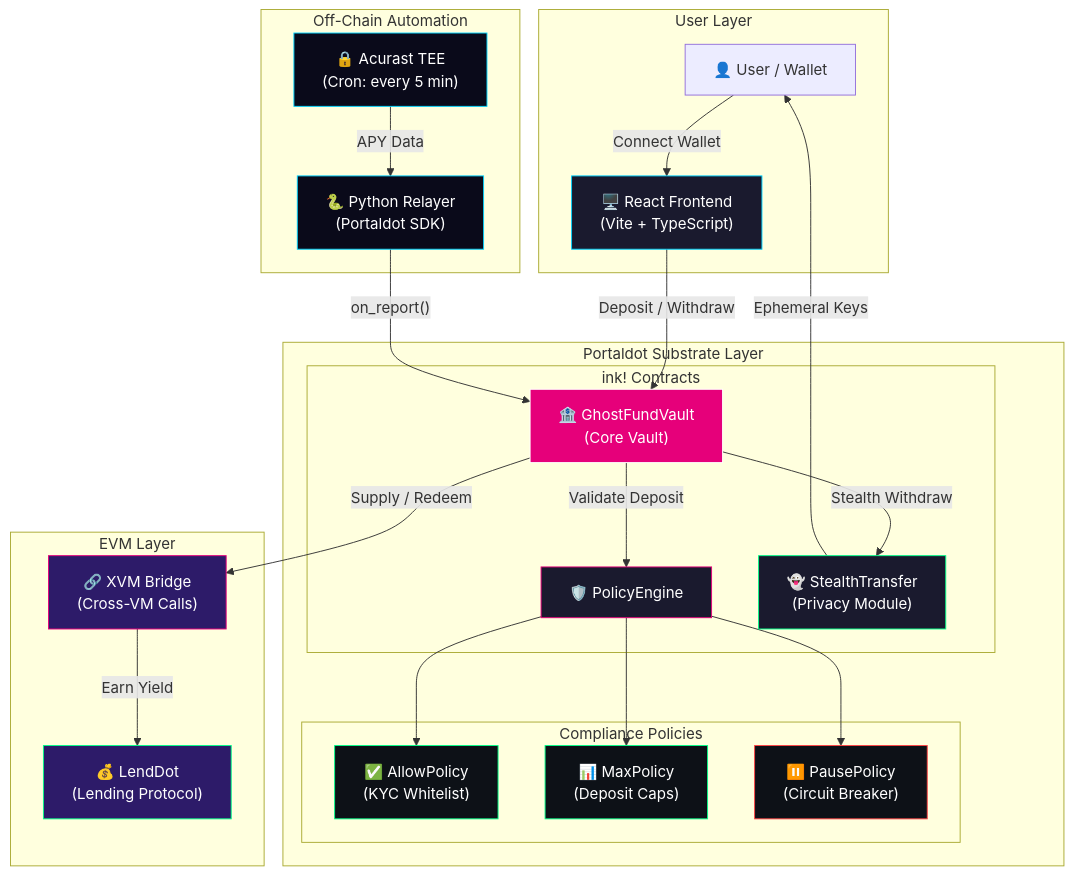
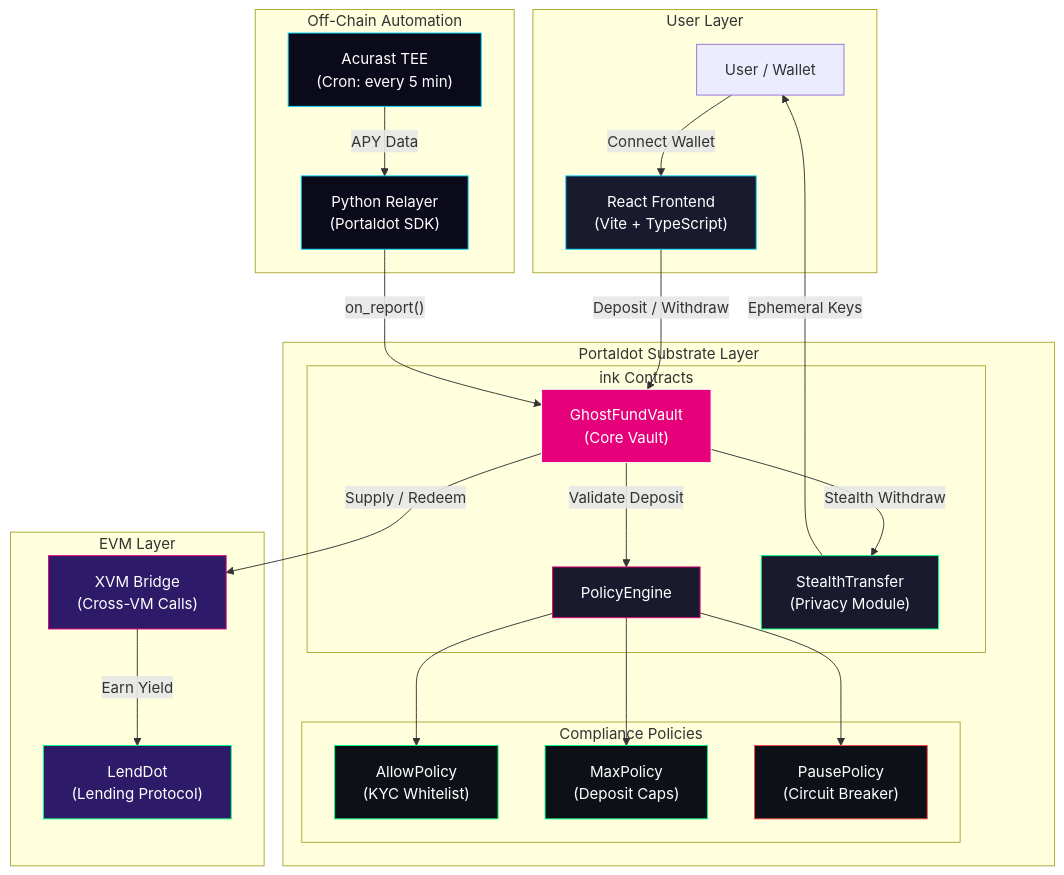
Before and after one commit to joshuakatumba/Portaldot: the diagram in README.md, drawn with Mermaid.

Commit message:
Remove emojis from architecture diagram

````diff
--- a/README.md
+++ b/README.md
@@ -142,56 +142,56 @@
 ```mermaid
 graph TB
     subgraph User Layer
-        U["👤 User / Wallet"]
-        FE["🖥️ React Frontend<br/>(Vite + TypeScript)"]
+        U["User / Wallet"]
+        FE["React Frontend<br/>(Vite + TypeScript)"]
     end
 
     subgraph Portaldot Substrate Layer
-        subgraph ink! Contracts
-            V["🏦 GhostFundVault<br/>(Core Vault)"]
-            PE["🛡️ PolicyEngine"]
-            ST["👻 StealthTransfer<br/>(Privacy Module)"]
+        subgraph ink Contracts
+            V["GhostFundVault<br/>(Core Vault)"]
+            PE["PolicyEngine"]
+            ST["StealthTransfer<br/>(Privacy Module)"]
         end
 
         subgraph Compliance Policies
-            AP["✅ AllowPolicy<br/>(KYC Whitelist)"]
-            MP["📊 MaxPolicy<br/>(Deposit Caps)"]
-            PP["⏸️ PausePolicy<br/>(Circuit Breaker)"]
+            AP["AllowPolicy<br/>(KYC Whitelist)"]
+            MP["MaxPolicy<br/>(Deposit Caps)"]
+            PP["PausePolicy<br/>(Circuit Breaker)"]
         end
     end
 
     subgraph EVM Layer
-        XVM["🔗 XVM Bridge<br/>(Cross-VM Calls)"]
-        LD["💰 LendDot<br/>(Lending Protocol)"]
+        XVM["XVM Bridge<br/>(Cross-VM Calls)"]
+        LD["LendDot<br/>(Lending Protocol)"]
     end
 
     subgraph Off-Chain Automation
-        TEE["🔒 Acurast TEE<br/>(Cron: every 5 min)"]
-        PY["🐍 Python Relayer<br/>(Portaldot SDK)"]
+        TEE["Acurast TEE<br/>(Cron: every 5 min)"]
+        PY["Python Relayer<br/>(Portaldot SDK)"]
     end
 
     U -->|"Connect Wallet"| FE
     FE -->|"Deposit / Withdraw"| V
     V -->|"Validate Deposit"| PE
     PE --> AP
     PE --> MP
     PE --> PP
     V -->|"Stealth Withdraw"| ST
     ST -->|"Ephemeral Keys"| U
     V -->|"Supply / Redeem"| XVM
     XVM -->|"Earn Yield"| LD
     TEE -->|"APY Data"| PY
     PY -->|"on_report()"| V
 
     style V fill:#E6007A,stroke:#fff,color:#fff
     style PE fill:#1a1a2e,stroke:#E6007A,color:#fff
     style ST fill:#1a1a2e,stroke:#00ff88,color:#fff
     style XVM fill:#2d1b69,stroke:#E6007A,color:#fff
     style LD fill:#2d1b69,stroke:#00ff88,color:#fff
     style TEE fill:#0a0a1a,stroke:#00d4ff,color:#fff
     style PY fill:#0a0a1a,stroke:#00d4ff,color:#fff
     style FE fill:#1a1a2e,stroke:#00d4ff,color:#fff
     style AP fill:#0d1117,stroke:#00ff88,color:#fff
     style MP fill:#0d1117,stroke:#00ff88,color:#fff
     style PP fill:#0d1117,stroke:#ff4444,color:#fff
 ```
````
